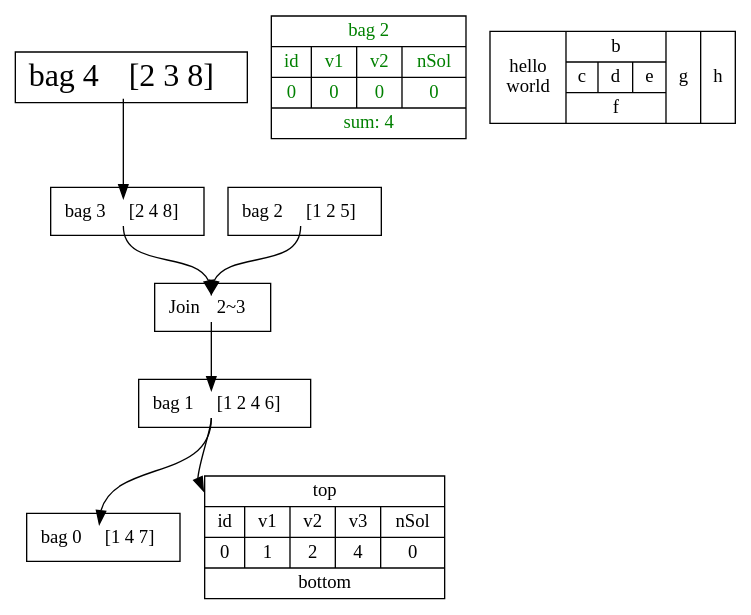
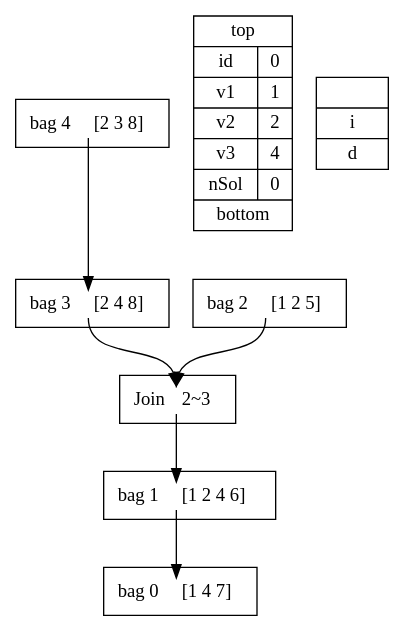
The diagram in satvisualization_repo/structs_revisited.gv (VaeterchenFrost/gpusat-VISU), drawn with Graphviz before and after one commit. The commit also changed 7 other files, not shown here.

```diff
--- a/satvisualization_repo/structs_revisited.gv
+++ b/satvisualization_repo/structs_revisited.gv
@@ -1,25 +1,23 @@
 digraph structs {
 	node [shape=rect]
 	bag4 [label=<<TABLE BORDER="0" CELLBORDER="0" CELLSPACING="0">
-              <TR><TD BGCOLOR="white">bag 4</TD><TD PORT="anchor"></TD><TD>[2 3 8]</TD></TR></TABLE>> fontsize=24]
+              <TR><TD BGCOLOR="white">bag 4</TD><TD PORT="anchor"></TD><TD>[2 3 8]</TD></TR></TABLE>>]
 	bag3 [label=<<TABLE BORDER="0" CELLBORDER="0" CELLSPACING="0">
               <TR><TD BGCOLOR="white">bag 3</TD><TD PORT="anchor"></TD><TD>[2 4 8]</TD></TR></TABLE>>]
 	join1 [label=<<TABLE BORDER="0" CELLBORDER="0" CELLSPACING="0">
               <TR><TD BGCOLOR="white">Join</TD><TD PORT="anchor"></TD><TD>2~3</TD></TR></TABLE>>]
 	bag2 [label=<<TABLE BORDER="0" CELLBORDER="0" CELLSPACING="0">
               <TR><TD BGCOLOR="white">bag 2</TD><TD PORT="anchor"></TD><TD>[1 2 5]</TD></TR></TABLE>>]
 	bag1 [label=<<TABLE BORDER="0" CELLBORDER="0" CELLSPACING="0">
               <TR><TD BGCOLOR="white">bag 1</TD><TD PORT="anchor"></TD><TD>[1 2 4 6]</TD></TR></TABLE>>]
 	bag0 [label=<<TABLE BORDER="0" CELLBORDER="0" CELLSPACING="0">
               <TR><TD BGCOLOR="white">bag 0</TD><TD PORT="anchor"></TD><TD>[1 4 7]</TD></TR></TABLE>>]
 	node [shape=record]
-	etest [label="{<anchor> top|{{id|0}|{v1|1}|{v2|2}|{v3|4}|{nSol|0}}|bottom}"]
-	sol4 [label="{<f0> bag 2|{{id|0}|{v1|0}|{ v2|0}|{ nSol|0}}|sum: 4}" fontcolor=green]
-	hi [label="hello\nworld |{ b |{c|<here> d|e}| f}| g | h"]
+	etest [label="{<anchor> top|{{id|v1|v2|v3|nSol}|{0|1|2|4|0}}|bottom}"]
+	sol4 [label="{<anchor> |{{i|d}}}"]
 	bag4:anchor -> bag3:anchor
 	bag2:anchor -> join1:anchor
 	bag3:anchor -> join1:anchor
 	join1:anchor -> bag1:anchor
 	bag1:anchor -> bag0:anchor
-	bag1:anchor -> etest:anchor
 }
```
